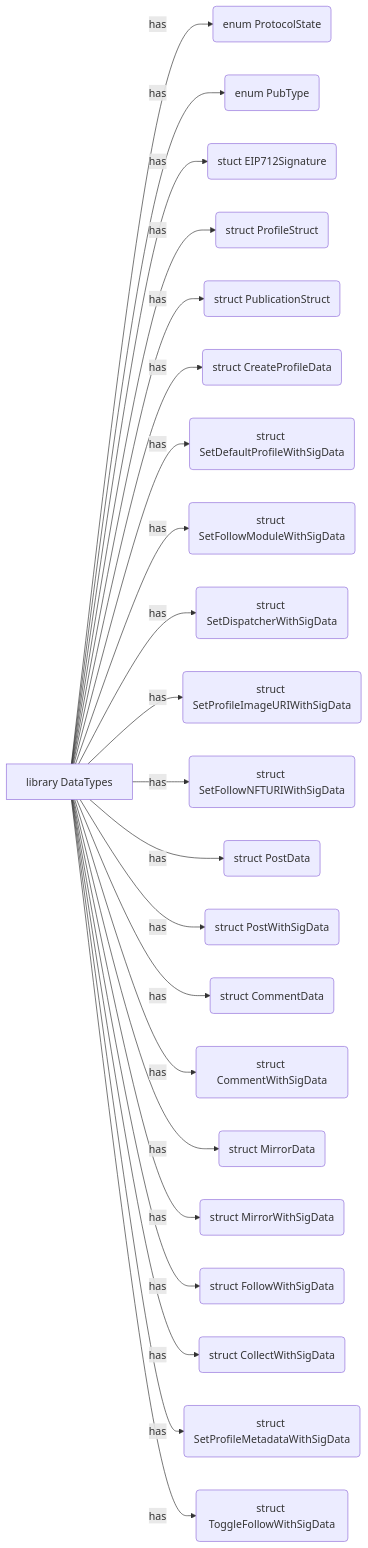
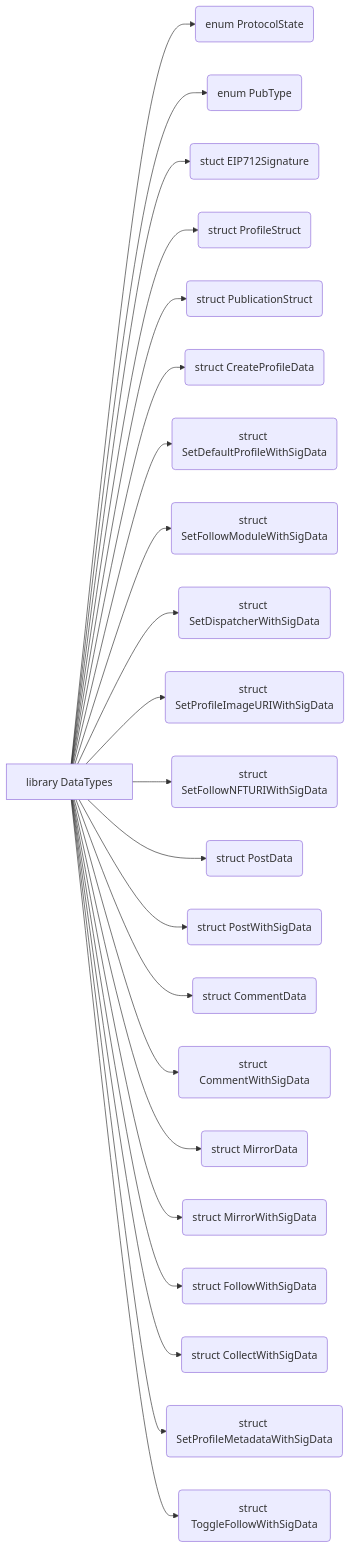
The second of 2 diagrams in README.md (wonderfan/diagram), drawn with Mermaid before and after one commit.

````diff
--- a/README.md
+++ b/README.md
@@ -127,26 +127,26 @@
 ```mermaid
 flowchart LR
     a[library DataTypes]
     b(enum ProtocolState)
     c(enum PubType)
     d(stuct EIP712Signature)
     e(struct ProfileStruct)
     f(struct PublicationStruct)
     g(struct CreateProfileData)
     h(struct SetDefaultProfileWithSigData)
     i(struct SetFollowModuleWithSigData)
     j(struct SetDispatcherWithSigData)
     k(struct SetProfileImageURIWithSigData)
     l(struct SetFollowNFTURIWithSigData)
     m(struct PostData)
     n(struct PostWithSigData)
     o(struct CommentData)
     p(struct CommentWithSigData)
     q(struct MirrorData)
     r(struct MirrorWithSigData)
     s(struct FollowWithSigData)
     t(struct CollectWithSigData)
     u(struct SetProfileMetadataWithSigData)
     v(struct ToggleFollowWithSigData)
-    a -->|has| b & c & d & e & f & g & h & i & j & k & l & m & n & o & p & q & r & s & t & u & v
+    a --> b & c & d & e & f & g & h & i & j & k & l & m & n & o & p & q & r & s & t & u & v
 ```
````
